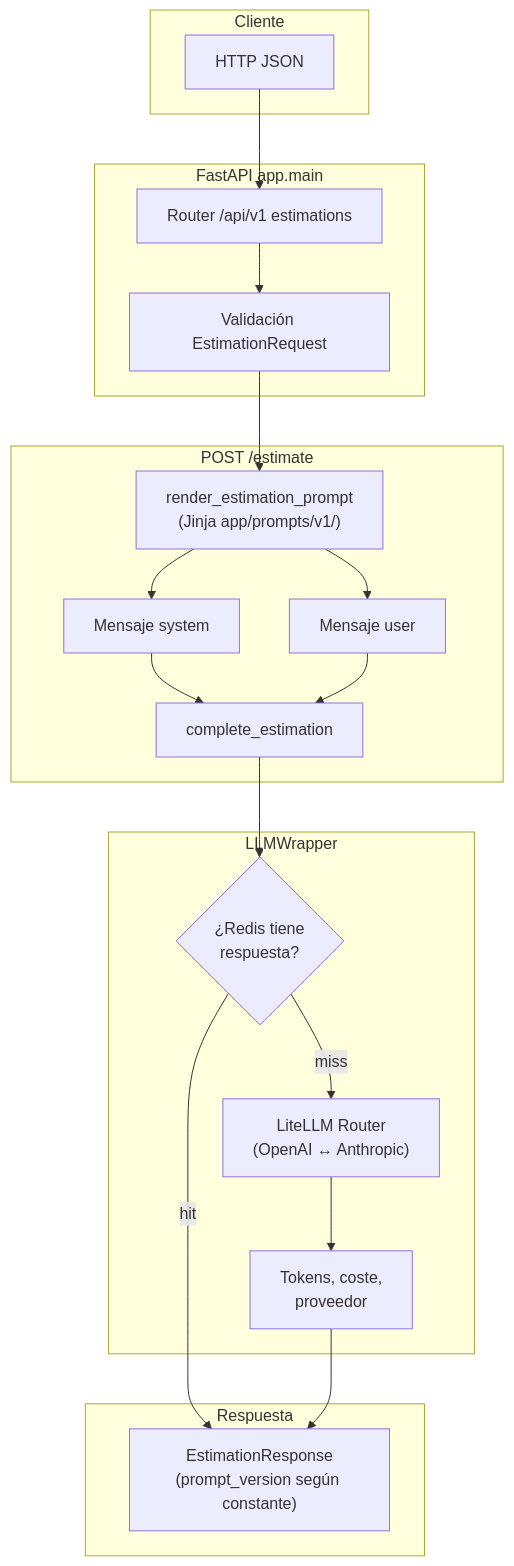
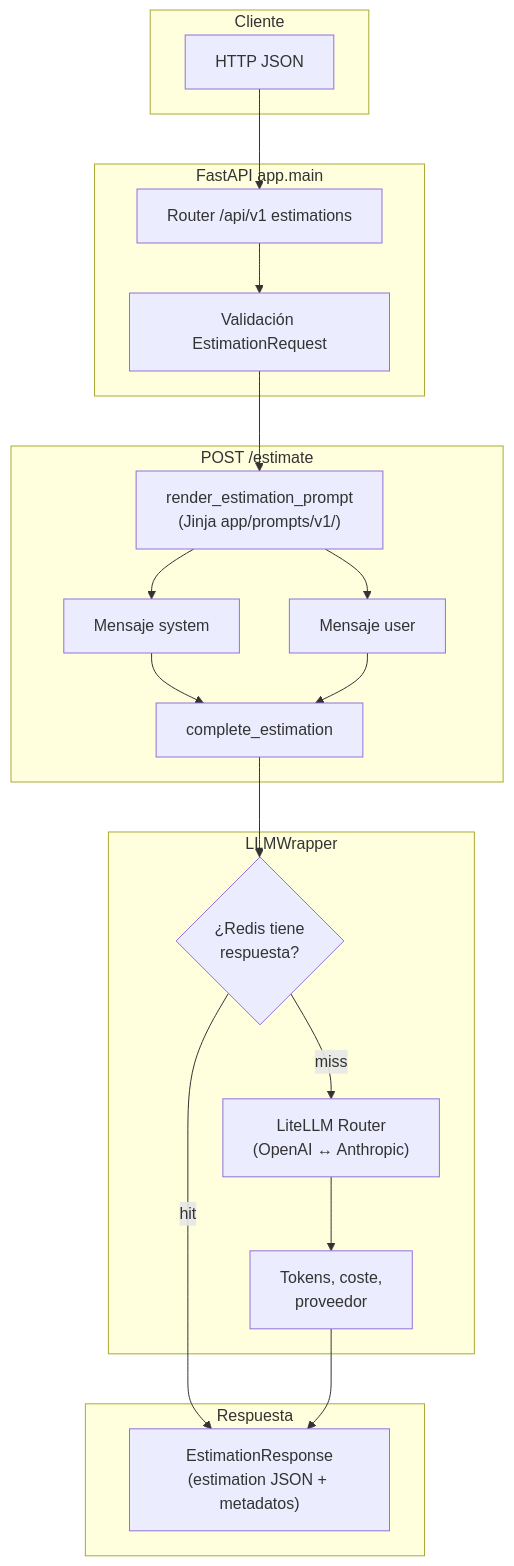
One commit to rcalcaraz/estimador-cag changed the diagram in README.md. Above: the diagram before and after it, drawn with Mermaid. The commit also changed other lines of this file and 13 other files, not shown here.

````diff
--- a/README.md
+++ b/README.md
@@ -100,41 +100,41 @@
 ```mermaid
 flowchart TD
   subgraph cliente["Cliente"]
     C[HTTP JSON]
   end
 
   subgraph api["FastAPI app.main"]
     R["Router /api/v1 estimations"]
     V["Validación EstimationRequest"]
   end
 
   subgraph sync["POST /estimate"]
     J["render_estimation_prompt\n(Jinja app/prompts/v1/)"]
     SYS["Mensaje system"]
     USR["Mensaje user"]
     CE["complete_estimation"]
   end
 
   subgraph llm["LLMWrapper"]
     CACHE{"¿Redis tiene\nrespuesta?"}
     MISS["LiteLLM Router\n(OpenAI ↔ Anthropic)"]
     NORM["Tokens, coste,\nproveedor"]
   end
 
   subgraph salida["Respuesta"]
-    ER["EstimationResponse\n(prompt_version según constante)"]
+    ER["EstimationResponse\n(estimation JSON + metadatos)"]
   end
 
   C --> R --> V
 
   V --> J
   J --> SYS
   J --> USR
   SYS --> CE
   USR --> CE
 
   CE --> CACHE
 
   CACHE -->|hit| ER
   CACHE -->|miss| MISS --> NORM --> ER
 ```
````
